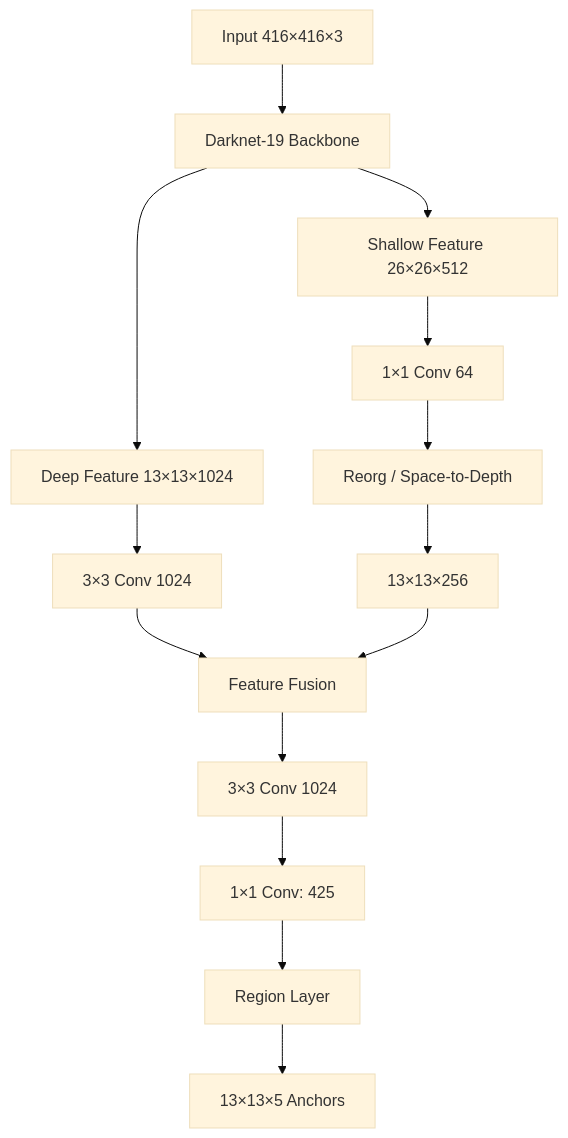
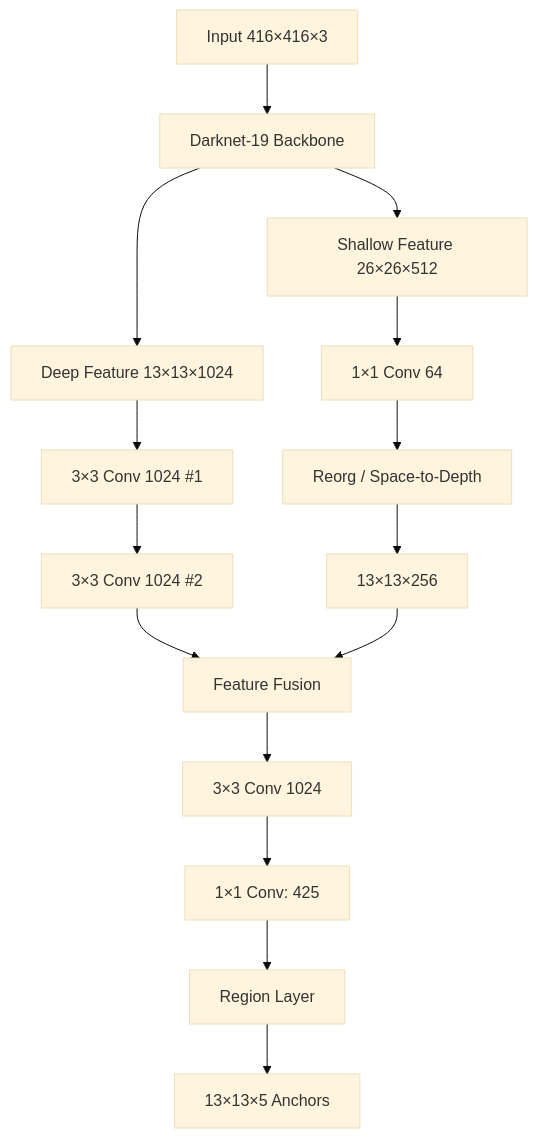
Before and after one commit to zhanghuiwan/knowledge-base: the third of 5 diagrams in website/articles/yolov2/index.md, drawn with Mermaid (base theme). The commit also changed other lines of this file, not shown here.

```diff
--- a/website/articles/yolov2/index.md
+++ b/website/articles/yolov2/index.md
@@ -685,16 +685,17 @@
 ~~~mermaid
 flowchart TD
     A["Input 416×416×3"] --> B["Darknet-19 Backbone"]
     B --> C["Deep Feature 13×13×1024"]
     B --> D["Shallow Feature 26×26×512"]
-    C --> E["3×3 Conv 1024"]
-    E --> F["Feature Fusion"]
+    C --> E["3×3 Conv 1024 #1"]
+    E --> E2["3×3 Conv 1024 #2"]
+    E2 --> F["Feature Fusion"]
     D --> G["1×1 Conv 64"]
     G --> H["Reorg / Space-to-Depth"]
     H --> I["13×13×256"]
     I --> F
     F --> J["3×3 Conv 1024"]
     J --> K["1×1 Conv: 425"]
     K --> L["Region Layer"]
     L --> M["13×13×5 Anchors"]
 ~~~
```
